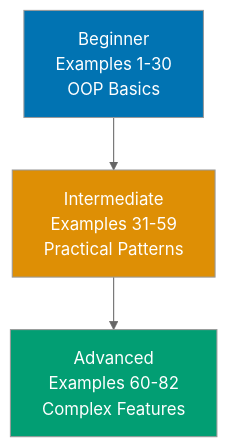
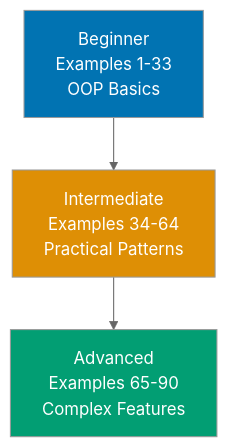
Before and after one commit to wahidyankf/open-sharia-enterprise: the diagram in apps/ayokoding-web/content/en/learn/software-engineering/programming-languages/java/by-example/overview.md, drawn with Mermaid (neutral theme). The commit also changed other lines of this file and 157 other files, not shown here.

````diff
--- a/apps/ayokoding-web/content/en/learn/software-engineering/programming-languages/java/by-example/overview.md
+++ b/apps/ayokoding-web/content/en/learn/software-engineering/programming-languages/java/by-example/overview.md
@@ -27,10 +27,10 @@
 ```mermaid
 %% Color Palette: Blue #0173B2, Orange #DE8F05, Teal #029E73, Purple #CC78BC, Brown #CA9161
 graph TD
-    A["Beginner<br/>Examples 1-30<br/>OOP Basics"] --> B["Intermediate<br/>Examples 31-59<br/>Practical Patterns"]
-    B --> C["Advanced<br/>Examples 60-82<br/>Complex Features"]
+    A["Beginner<br/>Examples 1-33<br/>OOP Basics"] --> B["Intermediate<br/>Examples 34-64<br/>Practical Patterns"]
+    B --> C["Advanced<br/>Examples 65-90<br/>Complex Features"]
 
     style A fill:#0173B2,color:#fff
     style B fill:#DE8F05,color:#fff
     style C fill:#029E73,color:#fff
 ```
````
